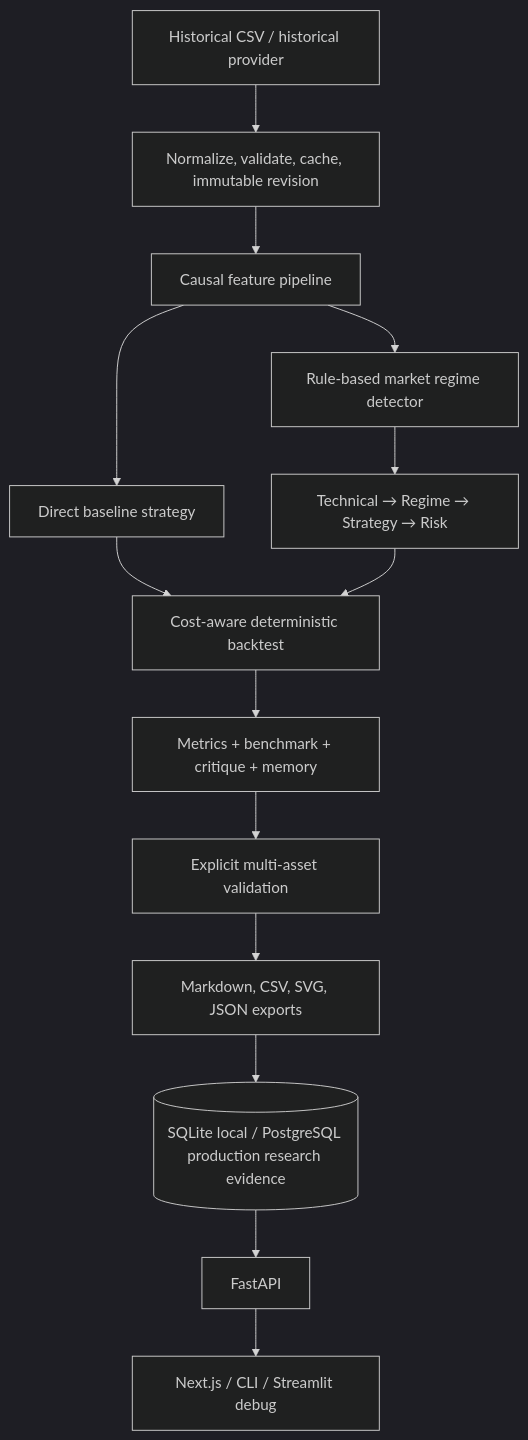
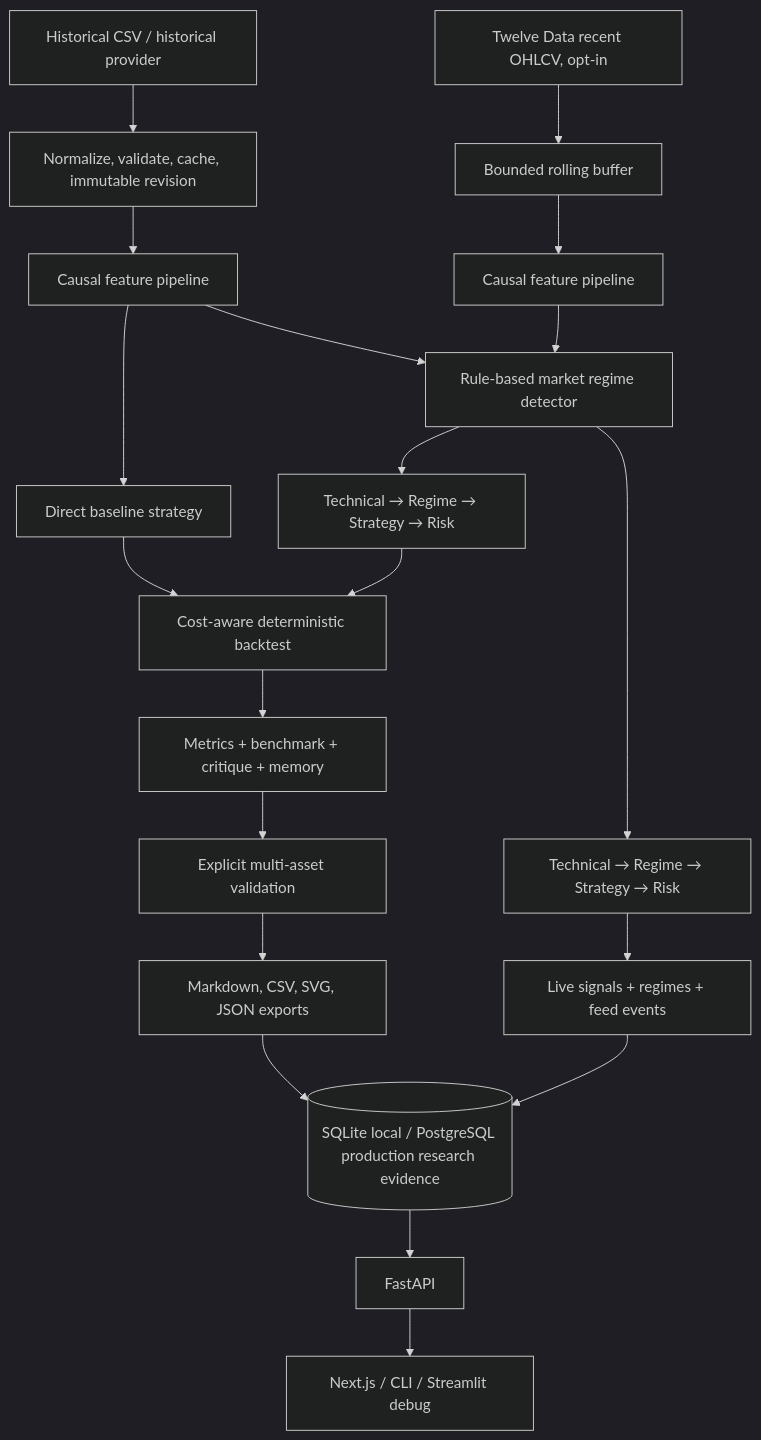
One commit to Aryanbbc/FinAgent changed the diagram in docs/ARCHITECTURE.md. Above: the diagram before and after it, drawn with Mermaid (dark theme). The commit also changed other lines of this file and 36 other files, not shown here.

````diff
--- a/docs/ARCHITECTURE.md
+++ b/docs/ARCHITECTURE.md
@@ -5,16 +5,22 @@
 ```mermaid
 flowchart TD
     source[Historical CSV / historical provider] --> data[Normalize, validate, cache, immutable revision]
     data --> features[Causal feature pipeline]
     features --> regime[Rule-based market regime detector]
     features --> direct[Direct baseline strategy]
     regime --> agents[Technical → Regime → Strategy → Risk]
     direct --> engine[Cost-aware deterministic backtest]
     agents --> engine
     engine --> evidence[Metrics + benchmark + critique + memory]
     evidence --> validation[Explicit multi-asset validation]
     validation --> export[Markdown, CSV, SVG, JSON exports]
     export --> database[(SQLite local / PostgreSQL production research evidence)]
+    recent[Twelve Data recent OHLCV, opt-in] --> buffer[Bounded rolling buffer]
+    buffer --> live_features[Causal feature pipeline]
+    live_features --> regime
+    regime --> live_agents[Technical → Regime → Strategy → Risk]
+    live_agents --> live_evidence[Live signals + regimes + feed events]
+    live_evidence --> database
     database --> api[FastAPI]
     api --> ui[Next.js / CLI / Streamlit debug]
 ```
````
